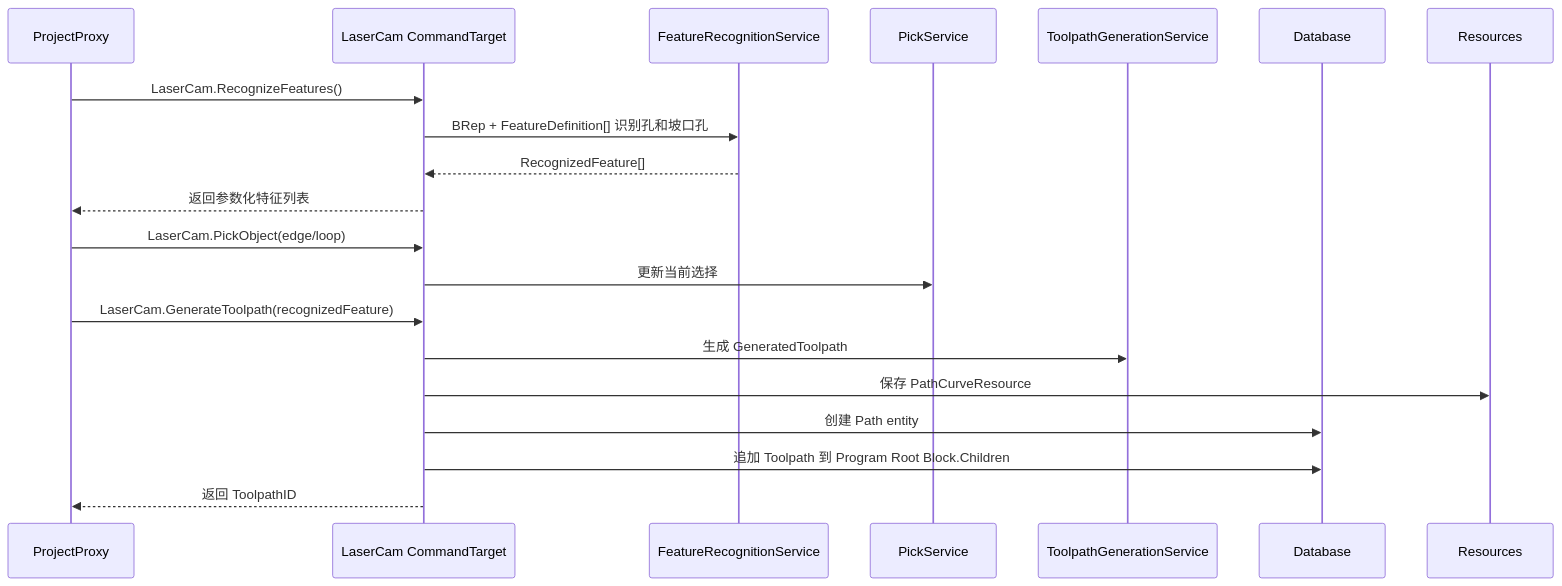
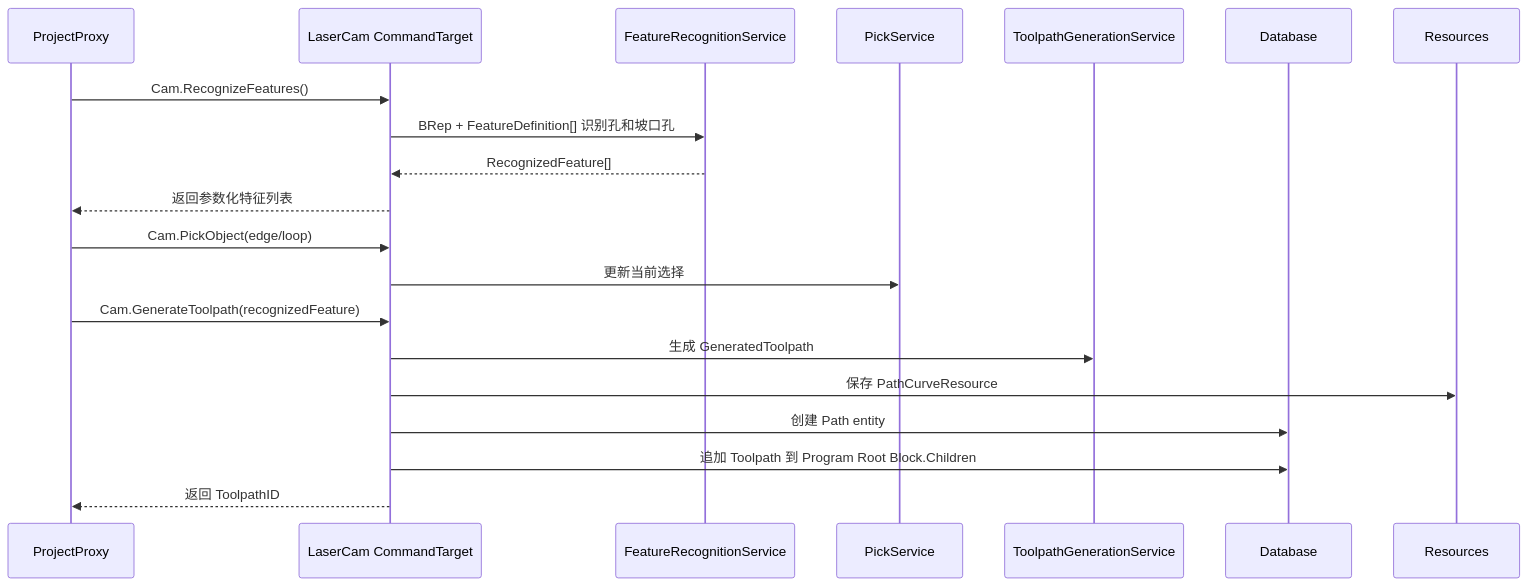
Before and after one commit to penguinchiang0609-ui/iCAX: the fourth of 6 diagrams in doc/iCAX-Engine/Products/Laser3DCAM/三维线条切割CAM产品方案文档.md, drawn with Mermaid. The commit also changed other lines of this file and 35358 other files, not shown here.

````diff
--- a/doc/iCAX-Engine/Products/Laser3DCAM/三维线条切割CAM产品方案文档.md
+++ b/doc/iCAX-Engine/Products/Laser3DCAM/三维线条切割CAM产品方案文档.md
@@ -853,23 +868,23 @@
 ```mermaid
 sequenceDiagram
     participant UI as ProjectProxy
     participant Cmd as LaserCam CommandTarget
     participant Rec as FeatureRecognitionService
     participant Pick as PickService
     participant Gen as ToolpathGenerationService
     participant Repo as Database
     participant Res as Resources
 
-    UI->>Cmd: LaserCam.RecognizeFeatures()
+    UI->>Cmd: Cam.RecognizeFeatures()
     Cmd->>Rec: BRep + FeatureDefinition[] 识别孔和坡口孔
     Rec-->>Cmd: RecognizedFeature[]
     Cmd-->>UI: 返回参数化特征列表
-    UI->>Cmd: LaserCam.PickObject(edge/loop)
+    UI->>Cmd: Cam.PickObject(edge/loop)
     Cmd->>Pick: 更新当前选择
-    UI->>Cmd: LaserCam.GenerateToolpath(recognizedFeature)
+    UI->>Cmd: Cam.GenerateToolpath(recognizedFeature)
     Cmd->>Gen: 生成 GeneratedToolpath
     Cmd->>Res: 保存 PathCurveResource
     Cmd->>Repo: 创建 Path entity
     Cmd->>Repo: 追加 Toolpath 到 Program Root Block.Children
     Cmd-->>UI: 返回 ToolpathID
 ```
````
